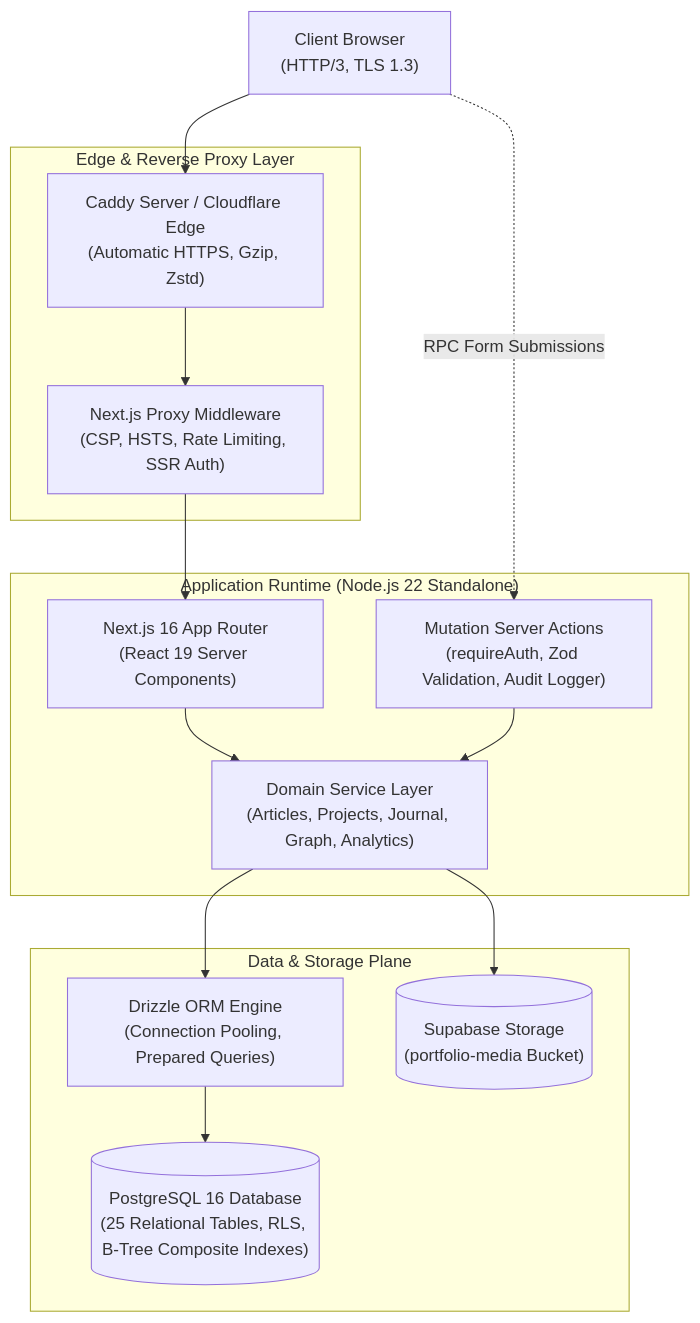
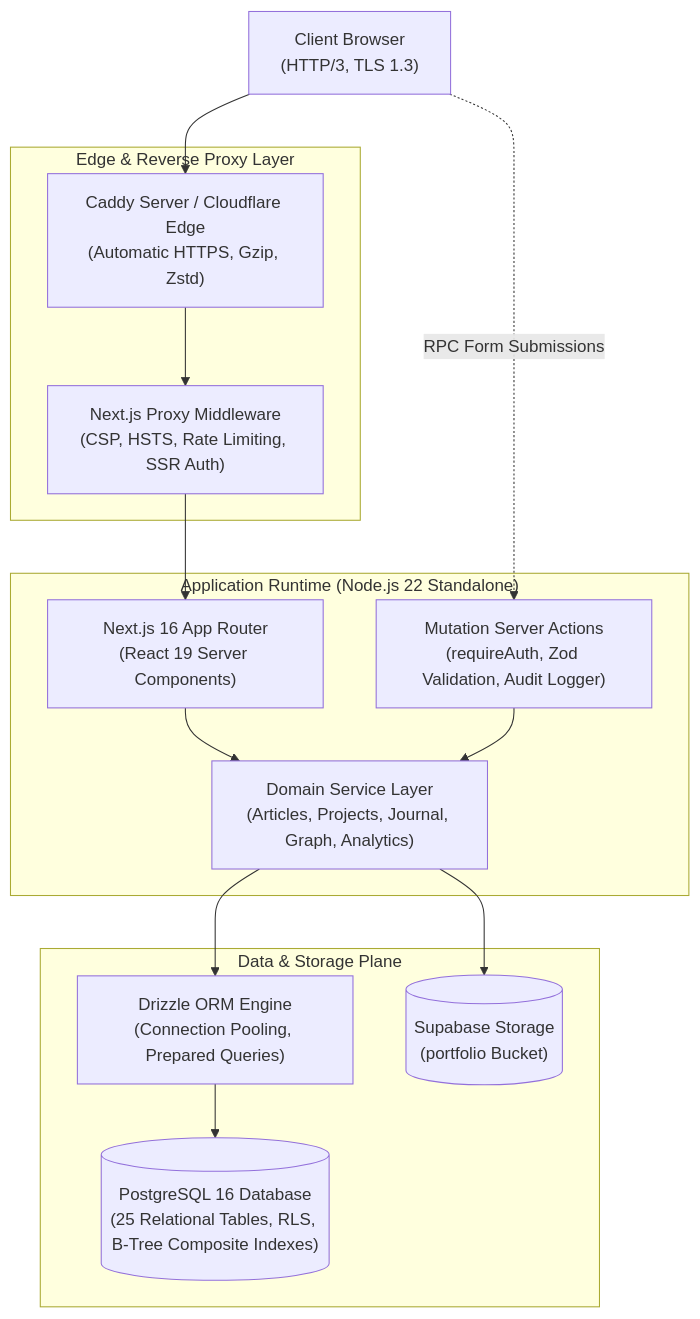
Before and after one commit to Harinzu47/khalid-portofolio: the first of 2 diagrams in README.md, drawn with Mermaid. The commit also changed 300 other files, not shown here.

````diff
--- a/README.md
+++ b/README.md
@@ -17,31 +17,31 @@
 ```mermaid
 flowchart TD
     Client["Client Browser\n(HTTP/3, TLS 1.3)"]
     
     subgraph Edge ["Edge & Reverse Proxy Layer"]
         Caddy["Caddy Server / Cloudflare Edge\n(Automatic HTTPS, Gzip, Zstd)"]
         NextProxy["Next.js Proxy Middleware\n(CSP, HSTS, Rate Limiting, SSR Auth)"]
     end
 
     subgraph AppServer ["Application Runtime (Node.js 22 Standalone)"]
         Router["Next.js 16 App Router\n(React 19 Server Components)"]
         ServerActions["Mutation Server Actions\n(requireAuth, Zod Validation, Audit Logger)"]
         Services["Domain Service Layer\n(Articles, Projects, Journal, Graph, Analytics)"]
     end
 
     subgraph DatabaseLayer ["Data & Storage Plane"]
         Drizzle["Drizzle ORM Engine\n(Connection Pooling, Prepared Queries)"]
         Postgres[("PostgreSQL 16 Database\n(25 Relational Tables, RLS, B-Tree Composite Indexes)")]
-        SupabaseStorage[("Supabase Storage\n(portfolio-media Bucket)")]
+        SupabaseStorage[("Supabase Storage\n(portfolio Bucket)")]
     end
 
     Client --> Caddy
     Caddy --> NextProxy
     NextProxy --> Router
     Router --> Services
     Client -.->|"RPC Form Submissions"| ServerActions
     ServerActions --> Services
     Services --> Drizzle
     Drizzle --> Postgres
     Services --> SupabaseStorage
 ```
````
